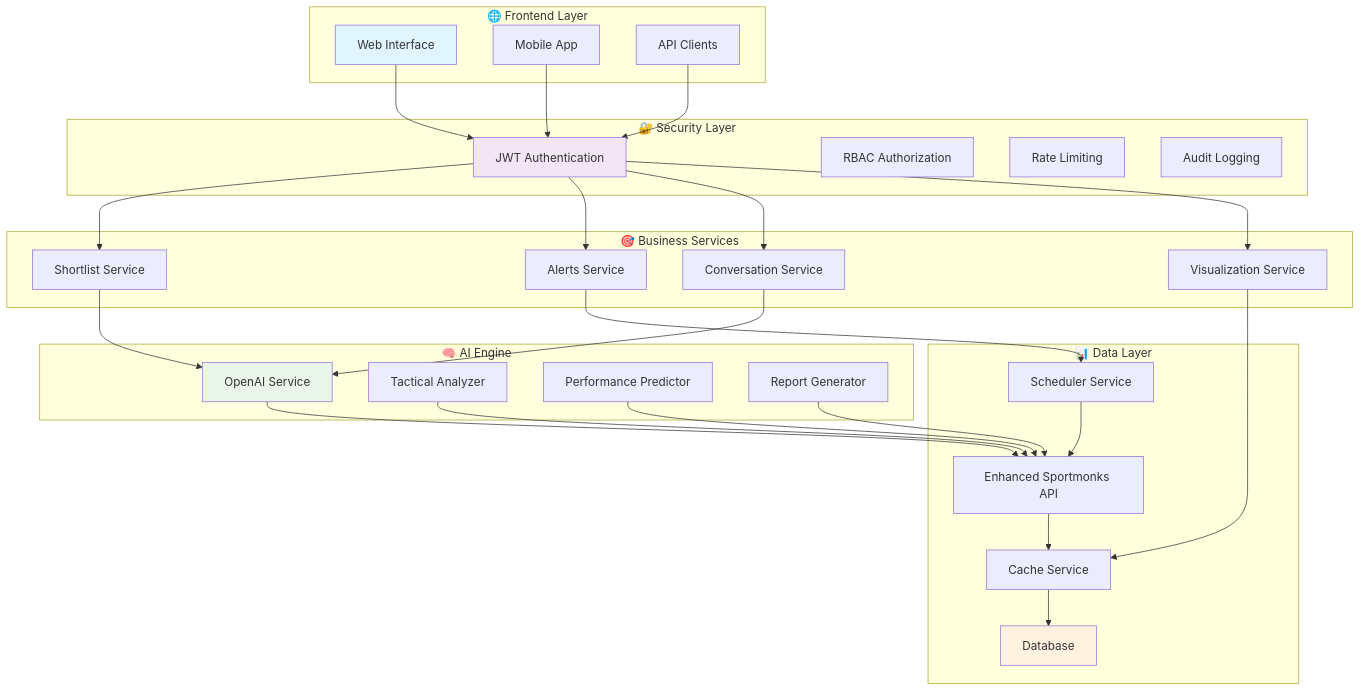
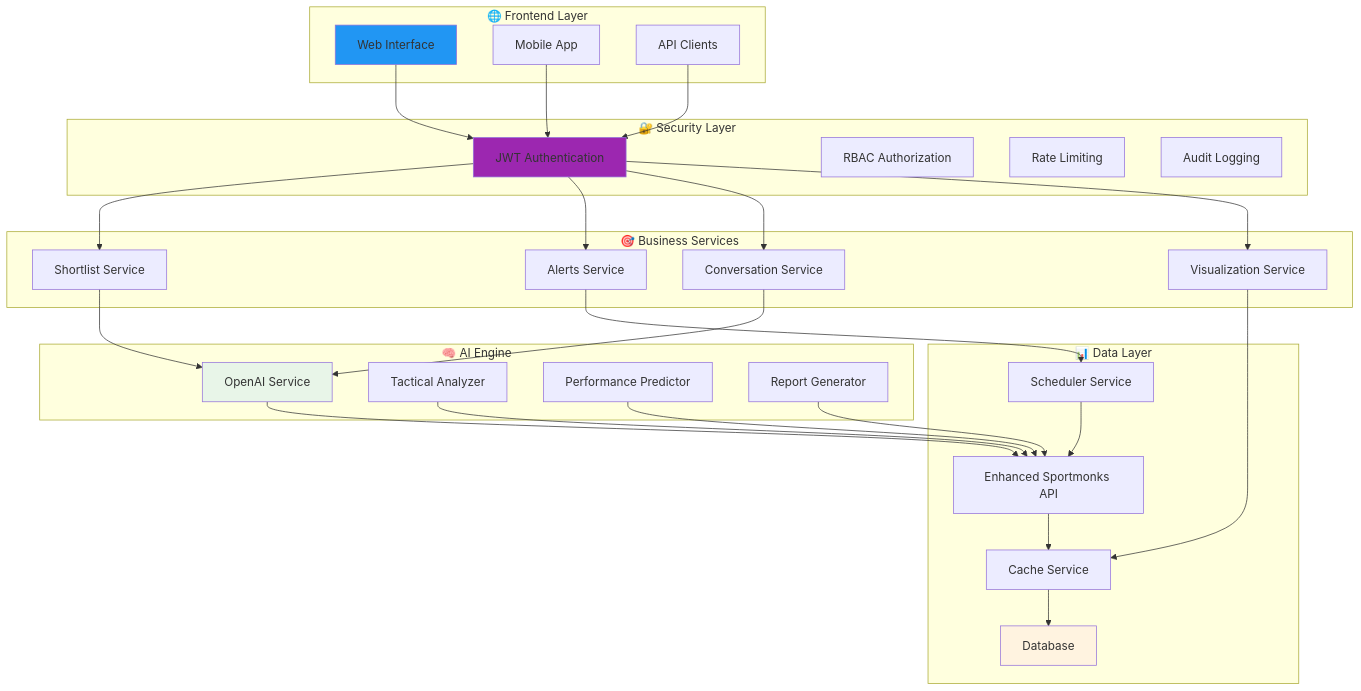
One commit to gregorizeidler/soccer_scout_AI changed the sixth of 6 diagrams in README.md. Above: the diagram before and after it, drawn with Mermaid. The commit also changed other lines of this file, not shown here.

````diff
--- a/README.md
+++ b/README.md
@@ -752,64 +752,64 @@
 ```mermaid
 graph TB
     subgraph "🌐 Frontend Layer"
         A[Web Interface]
         A1[Mobile App]
         A2[API Clients]
     end
     
     subgraph "🔐 Security Layer"
         B[JWT Authentication]
         B1[RBAC Authorization]
         B2[Rate Limiting]
         B3[Audit Logging]
     end
     
     subgraph "🎯 Business Services"
         C[Shortlist Service]
         D[Alerts Service] 
         E[Conversation Service]
         F[Visualization Service]
     end
     
     subgraph "🧠 AI Engine"
         G[OpenAI Service]
         H[Tactical Analyzer]
         I[Performance Predictor]
         J[Report Generator]
     end
     
     subgraph "📊 Data Layer"
         K[Enhanced Sportmonks API]
         L[Cache Service]
         M[Database]
         N[Scheduler Service]
     end
     
     A --> B
     A1 --> B
     A2 --> B
     
     B --> C
     B --> D
     B --> E
     B --> F
     
     C --> G
     D --> N
     E --> G
     F --> L
     
     G --> K
     H --> K
     I --> K
     J --> K
     
     K --> L
     L --> M
     N --> K
     
-    style A fill:#e1f5fe
-    style B fill:#f3e5f5
+    style A fill:#2196f3
+    style B fill:#9c27b0
     style G fill:#e8f5e8
     style M fill:#fff3e0
 ```
````
